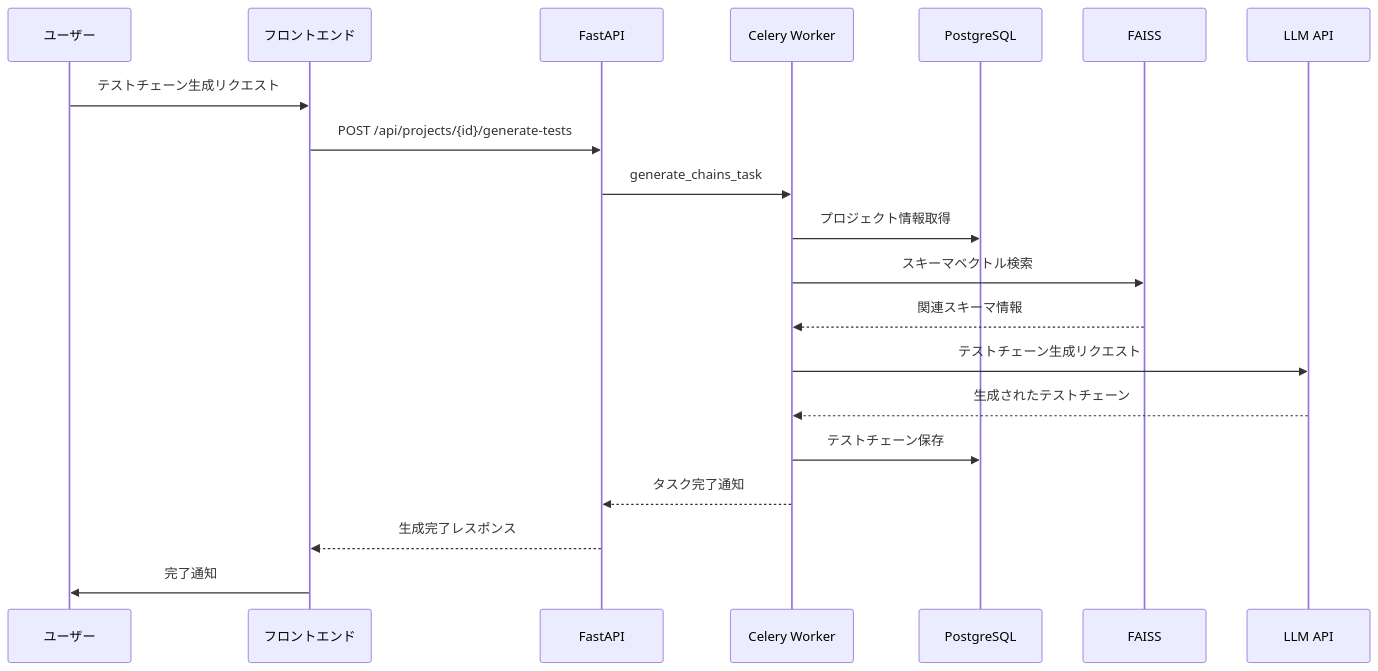
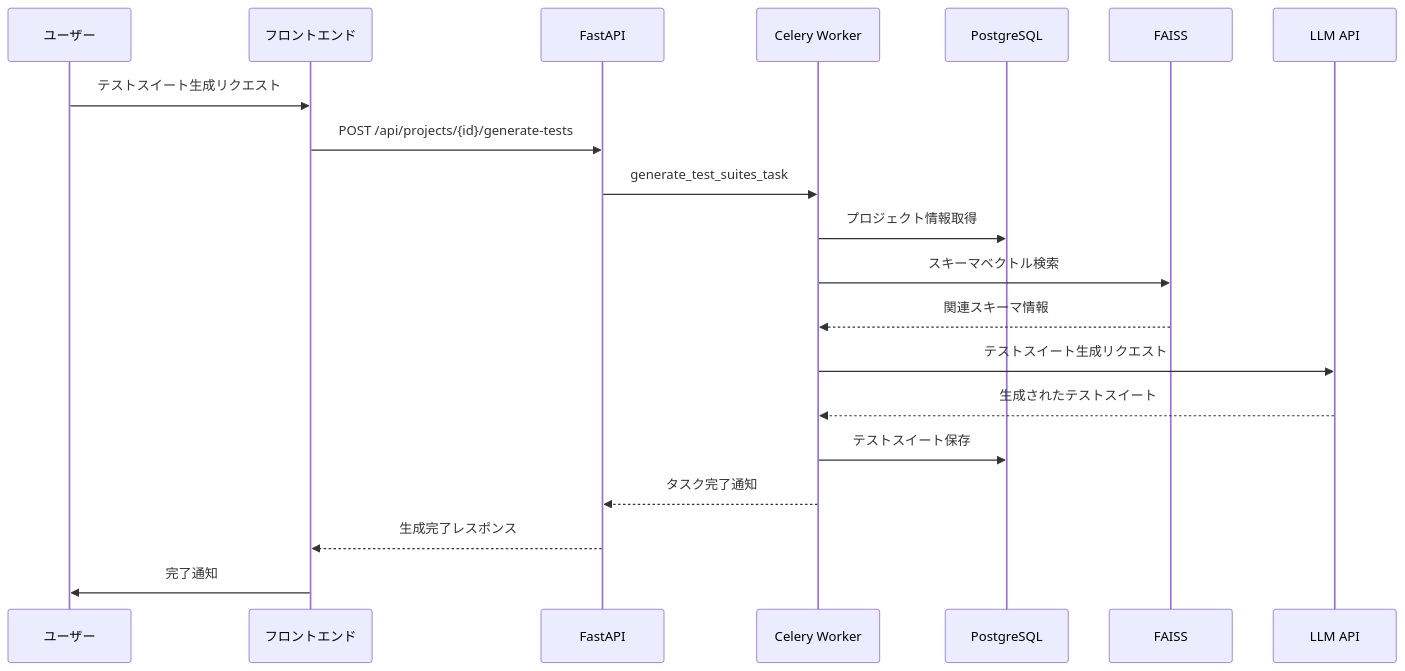
Before and after one commit to Pirikara/caseforge: the second of 5 diagrams in ARCHITECTURE.md, drawn with Mermaid. The commit also changed other lines of this file and 46 other files, not shown here.

````diff
--- a/ARCHITECTURE.md
+++ b/ARCHITECTURE.md
@@ -103,23 +103,23 @@
 ```mermaid
 sequenceDiagram
   participant User as ユーザー
   participant UI as フロントエンド
   participant API as FastAPI
   participant Worker as Celery Worker
   participant DB as PostgreSQL
   participant Vector as FAISS
   participant LLM as LLM API
 
-  User->>UI: テストチェーン生成リクエスト
+  User->>UI: テストスイート生成リクエスト
   UI->>API: POST /api/projects/{id}/generate-tests
-  API->>Worker: generate_chains_task
+  API->>Worker: generate_test_suites_task
   Worker->>DB: プロジェクト情報取得
   Worker->>Vector: スキーマベクトル検索
   Vector-->>Worker: 関連スキーマ情報
-  Worker->>LLM: テストチェーン生成リクエスト
-  LLM-->>Worker: 生成されたテストチェーン
-  Worker->>DB: テストチェーン保存
+  Worker->>LLM: テストスイート生成リクエスト
+  LLM-->>Worker: 生成されたテストスイート
+  Worker->>DB: テストスイート保存
   Worker-->>API: タスク完了通知
   API-->>UI: 生成完了レスポンス
   UI->>User: 完了通知
 ```
````
